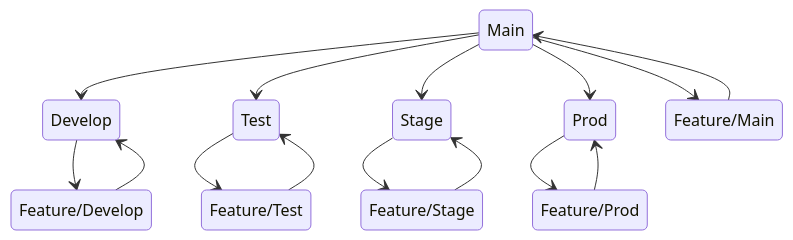
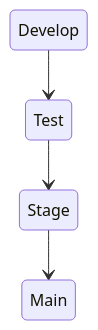
The second of 2 diagrams in documentation/docs/index.md (PfikestInt/IaCManager), drawn with Mermaid before and after one commit. The commit also changed other lines of this file and 3 other files, not shown here.

````diff
--- a/documentation/docs/index.md
+++ b/documentation/docs/index.md
@@ -31,18 +31,6 @@
 ``` mermaid
 stateDiagram-v2
-    Main --> Develop
-    Main --> Test
-    Main --> Stage
-    Main --> Prod
-    Main --> Feature/Main
-    Develop --> Feature/Develop
-    Test --> Feature/Test
-    Stage --> Feature/Stage
-    Prod --> Feature/Prod
-    
-    Feature/Main --> Main
-    Feature/Develop --> Develop
-    Feature/Test --> Test
-    Feature/Stage --> Stage
-    Feature/Prod --> Prod
+    Develop --> Test
+    Test --> Stage
+    Stage --> Main
 ```
````
